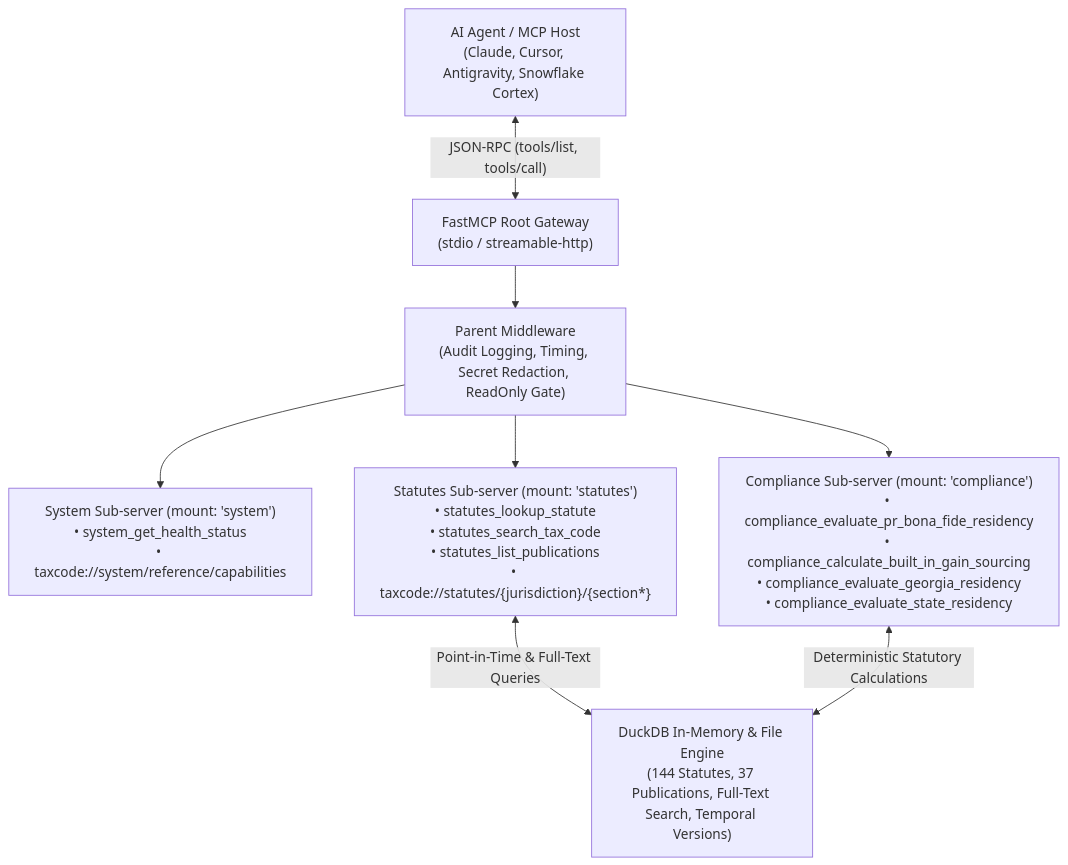
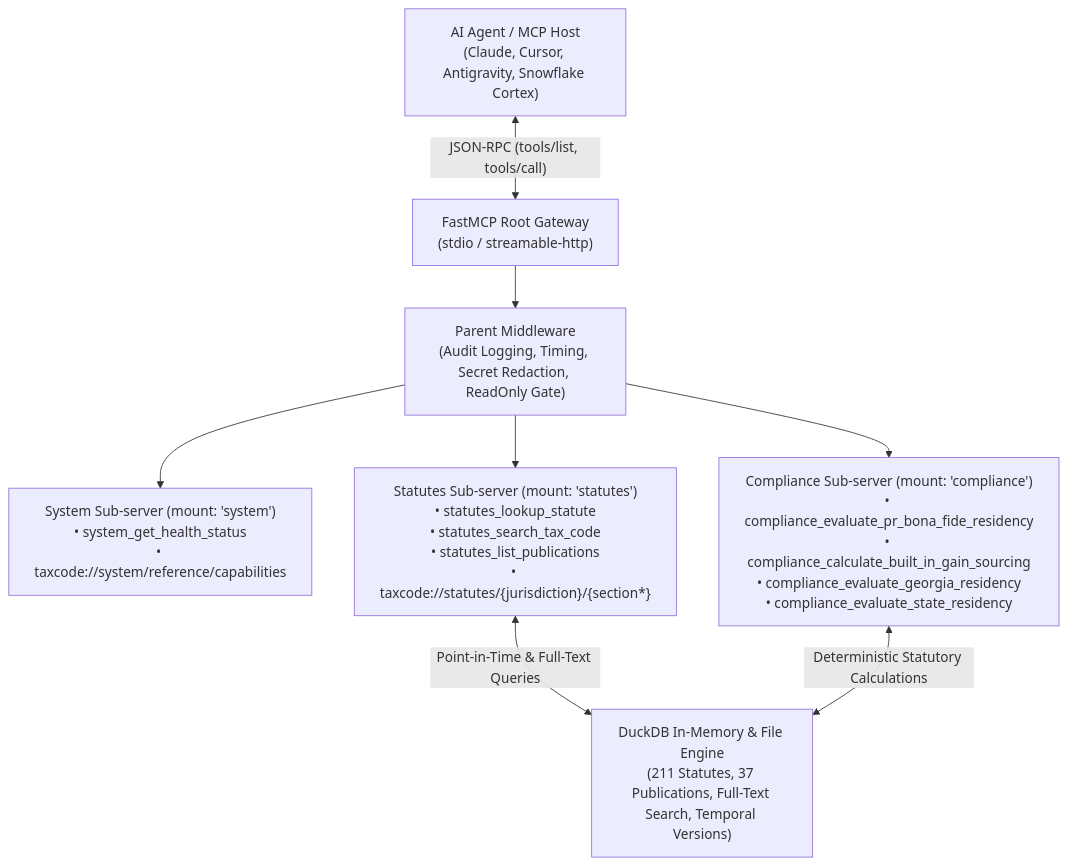
The diagram in README.md (christianclaudio/mcp-server-taxcode), drawn with Mermaid before and after one commit. The commit also changed 112 other files, not shown here.

````diff
--- a/README.md
+++ b/README.md
@@ -22,18 +22,18 @@
 ```mermaid
 graph TD
     Client["AI Agent / MCP Host<br>(Claude, Cursor, Antigravity, Snowflake Cortex)"]
     Gateway["FastMCP Root Gateway<br>(stdio / streamable-http)"]
     ParentMW["Parent Middleware<br>(Audit Logging, Timing, Secret Redaction, ReadOnly Gate)"]
     SysSub["System Sub-server (mount: 'system')<br>• system_get_health_status<br>• taxcode://system/reference/capabilities"]
     StatSub["Statutes Sub-server (mount: 'statutes')<br>• statutes_lookup_statute<br>• statutes_search_tax_code<br>• statutes_list_publications<br>• taxcode://statutes/{jurisdiction}/{section*}"]
     CompSub["Compliance Sub-server (mount: 'compliance')<br>• compliance_evaluate_pr_bona_fide_residency<br>• compliance_calculate_built_in_gain_sourcing<br>• compliance_evaluate_georgia_residency<br>• compliance_evaluate_state_residency"]
-    DuckDB["DuckDB In-Memory & File Engine<br>(144 Statutes, 37 Publications, Full-Text Search, Temporal Versions)"]
+    DuckDB["DuckDB In-Memory & File Engine<br>(211 Statutes, 37 Publications, Full-Text Search, Temporal Versions)"]
 
     Client <-->|"JSON-RPC (tools/list, tools/call)"| Gateway
     Gateway --> ParentMW
     ParentMW --> SysSub
     ParentMW --> StatSub
     ParentMW --> CompSub
     StatSub <-->|"Point-in-Time & Full-Text Queries"| DuckDB
     CompSub <-->|"Deterministic Statutory Calculations"| DuckDB
 ```
````
